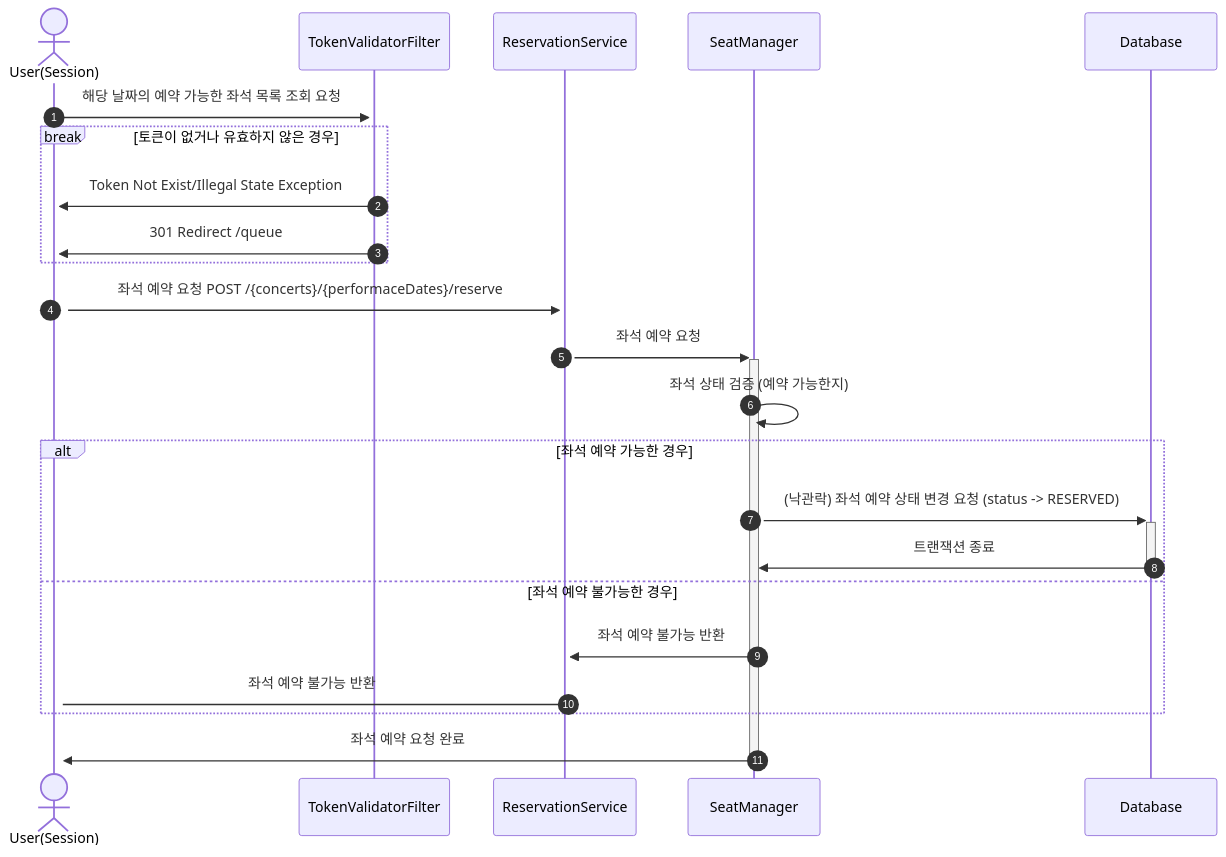
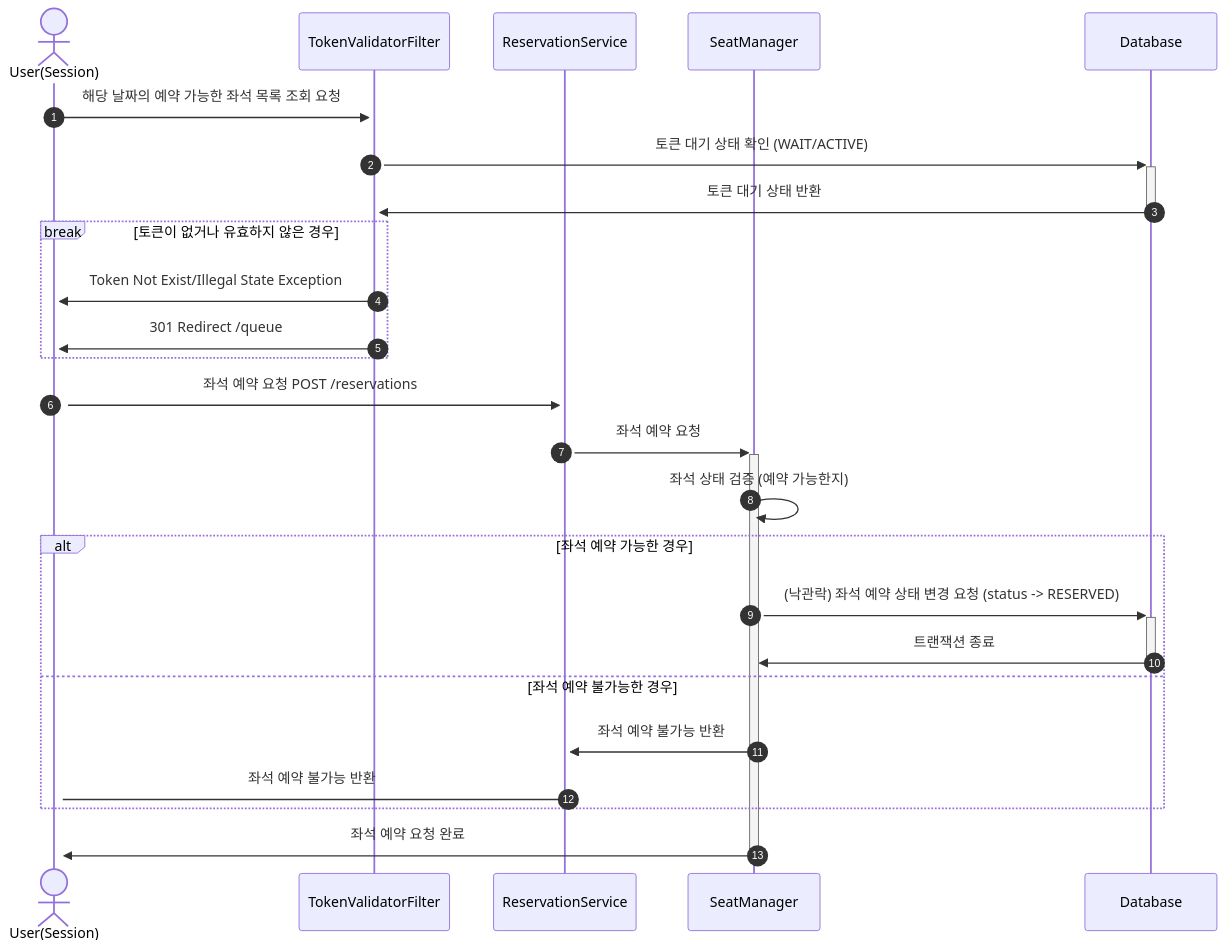
Before and after one commit to hpp-backend-15/java-concert-joonhyeokyang: the fourth of 7 diagrams in docs/markdown/2.시퀀스 다이어그램.md, drawn with Mermaid. The commit also changed other lines of this file and 1 other file, not shown here.

````diff
--- a/docs/markdown/2.시퀀스 다이어그램.md
+++ b/docs/markdown/2.시퀀스 다이어그램.md
@@ -75,26 +81,28 @@
 ```mermaid
 sequenceDiagram
     autonumber
     actor u as User(Session)
     participant tvf as TokenValidatorFilter
     participant rs as ReservationService
     participant sm as SeatManager
     participant db as Database
     u ->>+ tvf: 해당 날짜의 예약 가능한 좌석 목록 조회 요청
+    tvf ->>+ db: 토큰 대기 상태 확인 (WAIT/ACTIVE)
+    db ->>- tvf: 토큰 대기 상태 반환
     break 토큰이 없거나 유효하지 않은 경우
         tvf ->>+ u: Token Not Exist/Illegal State Exception
         tvf ->>+ u: 301 Redirect /queue
     end
 
-    u ->>+ rs: 좌석 예약 요청 POST /{concerts}/{performaceDates}/reserve
+    u ->>+ rs: 좌석 예약 요청 POST /reservations
     rs ->>+ sm: 좌석 예약 요청
     sm ->> sm: 좌석 상태 검증 (예약 가능한지)
     alt 좌석 예약 가능한 경우
         sm ->>+ db: (낙관락) 좌석 예약 상태 변경 요청 (status -> RESERVED)
         db ->>- sm: 트랜잭션 종료
     else 좌석 예약 불가능한 경우
         sm ->> rs: 좌석 예약 불가능 반환
         rs -> u: 좌석 예약 불가능 반환
     end
     sm ->>- u: 좌석 예약 요청 완료
 ```
````
